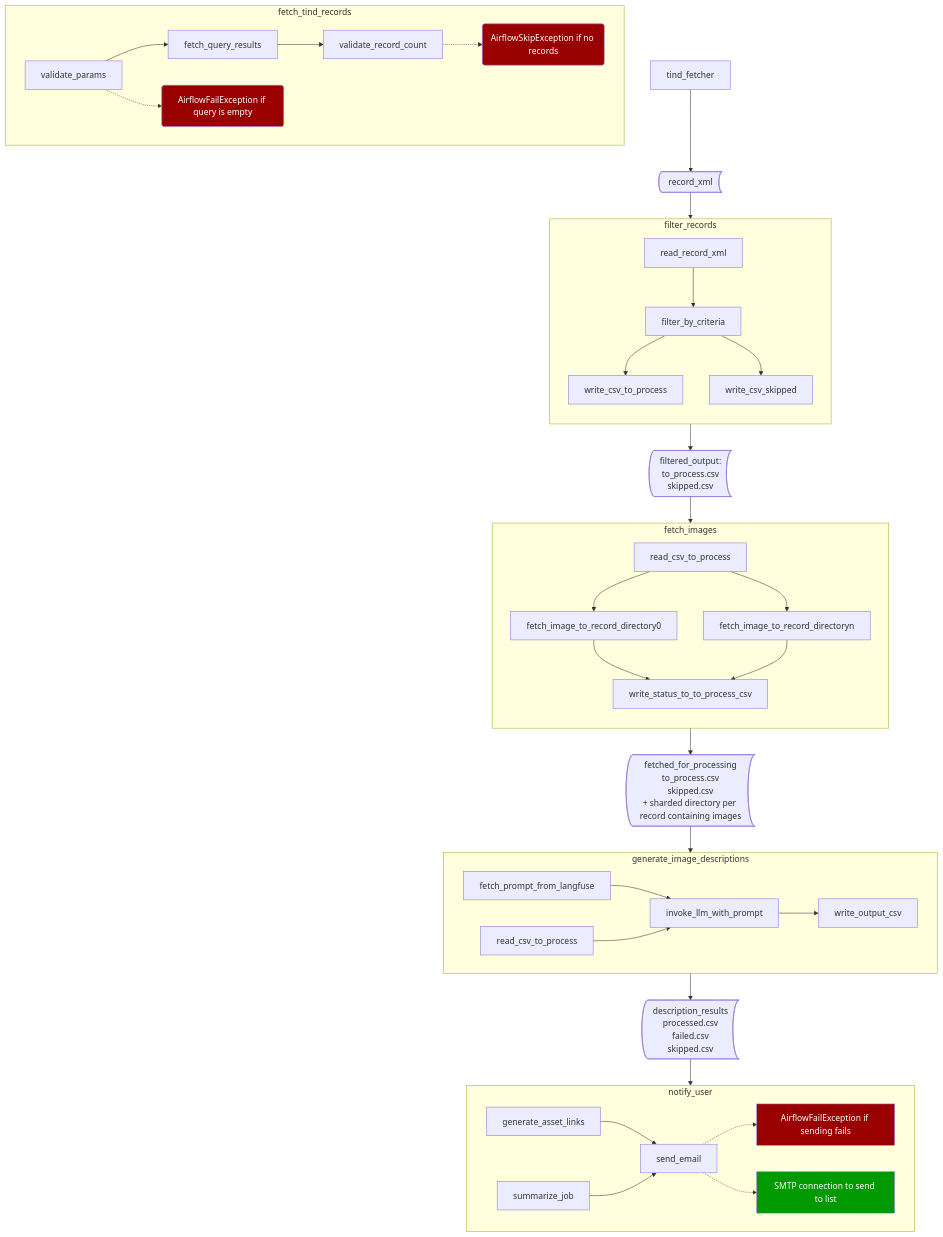
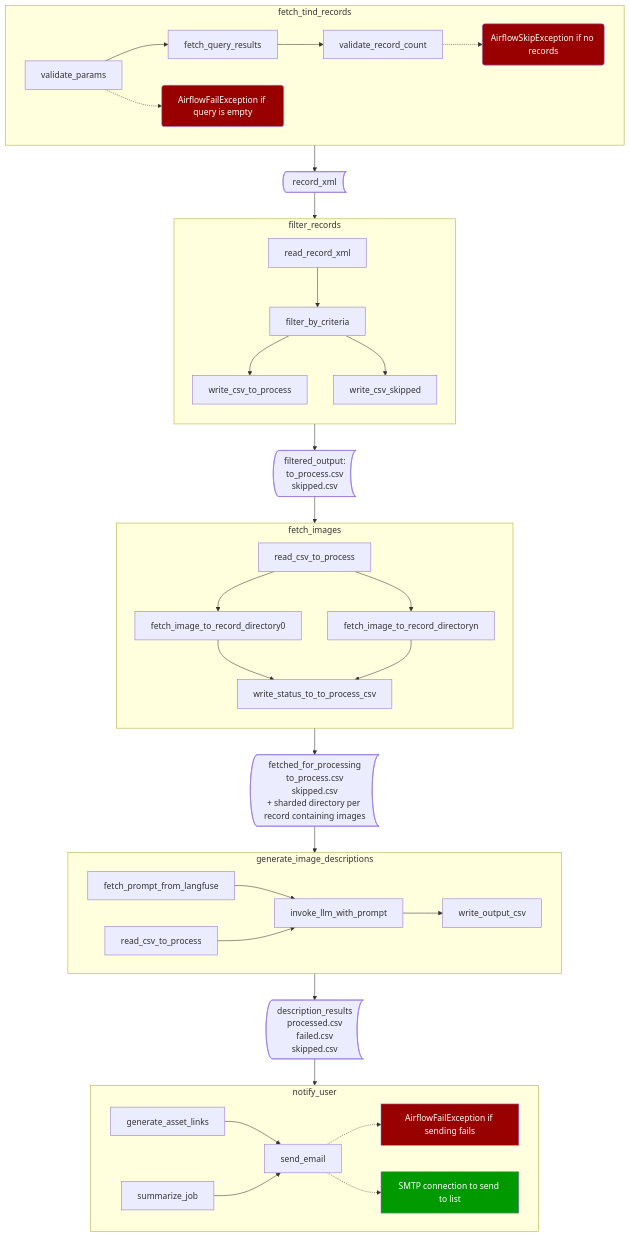
One commit to BerkeleyLibrary/mokelumne changed the diagram in dags/batch_image_description.md. Above: the diagram before and after it, drawn with Mermaid.

Commit message:
fixup fetcher name

````diff
--- a/dags/batch_image_description.md
+++ b/dags/batch_image_description.md
@@ -3,39 +3,39 @@
 ```mermaid
 flowchart TB
 
     subgraph fetch_tind_records
         direction LR
         validate_params-->fetch_query_results-->validate_record_count
         
         validate_params-.->stop0("AirflowFailException if query is empty")
         validate_record_count-.->stop1("AirflowSkipException if no records")
     end
 
 
     subgraph filter_records
         direction TB
         read_record_xml --> filter_by_criteria --> write_csv_to_process & write_csv_skipped
     end
 
 
     subgraph fetch_images
         direction TB
         read_csv_to_process --> fetch_image_to_record_directory0 & fetch_image_to_record_directoryn --> write_status_to_to_process_csv
     end 
 
     subgraph generate_image_descriptions
         fetch_prompt_from_langfuse & read_csv_to_process1["read_csv_to_process"] --> invoke_llm_with_prompt --> write_output_csv
     end
 
     subgraph notify_user
         generate_asset_links & summarize_job --> send_email -.-> stop2["AirflowFailException if sending fails"] & success0["SMTP connection to send to list"]
     end
 
 
-    tind_fetcher --> record_xml@{shape: bow-rect} --> filter_records --> filtered_output@{shape: bow-rect, label: "filtered_output:\n\nto_process.csv\nskipped.csv"} -->fetch_images --> fetched_for_processing@{shape: bow-rect, label: "fetched_for_processing\n\nto_process.csv\nskipped.csv\n+ sharded directory per record containing images"}-->generate_image_descriptions -->description_results@{shape: bow-rect, label: "description_results\n\nprocessed.csv\nfailed.csv\nskipped.csv"} -->notify_user
+    fetch_tind_records --> record_xml@{shape: bow-rect} --> filter_records --> filtered_output@{shape: bow-rect, label: "filtered_output:\n\nto_process.csv\nskipped.csv"} -->fetch_images --> fetched_for_processing@{shape: bow-rect, label: "fetched_for_processing\n\nto_process.csv\nskipped.csv\n+ sharded directory per record containing images"}-->generate_image_descriptions -->description_results@{shape: bow-rect, label: "description_results\n\nprocessed.csv\nfailed.csv\nskipped.csv"} -->notify_user
 
     classDef stop fill: #900,color:#fff
     classDef success fill: #090,color:#fff
     class stop0,stop1,stop2 stop;
     class success0 success;
 ```
````
